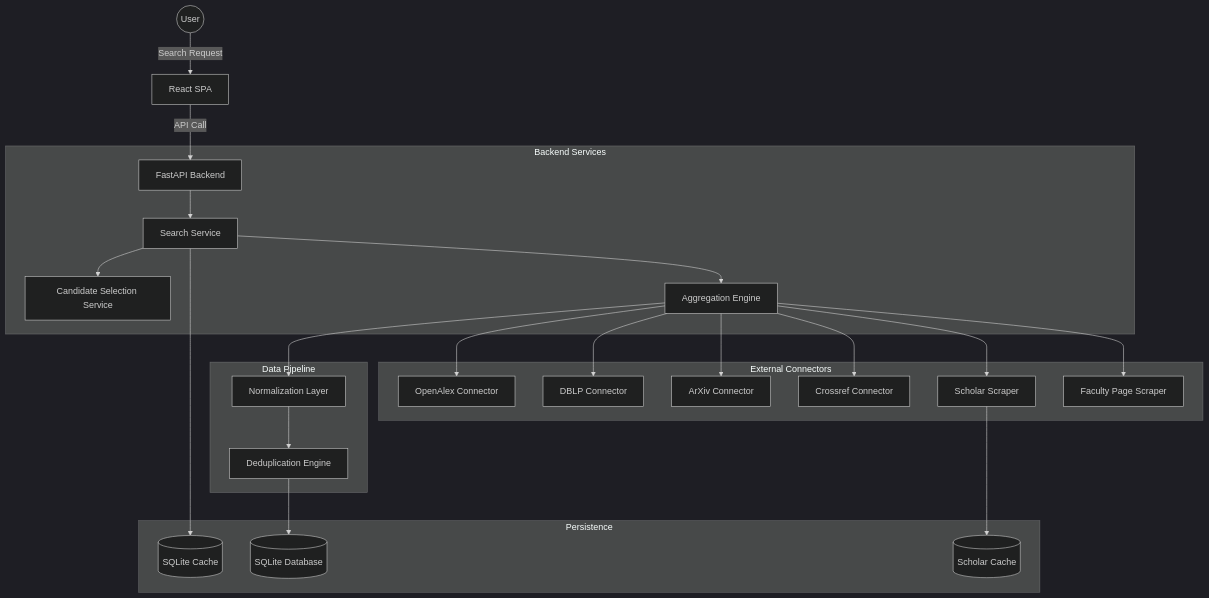
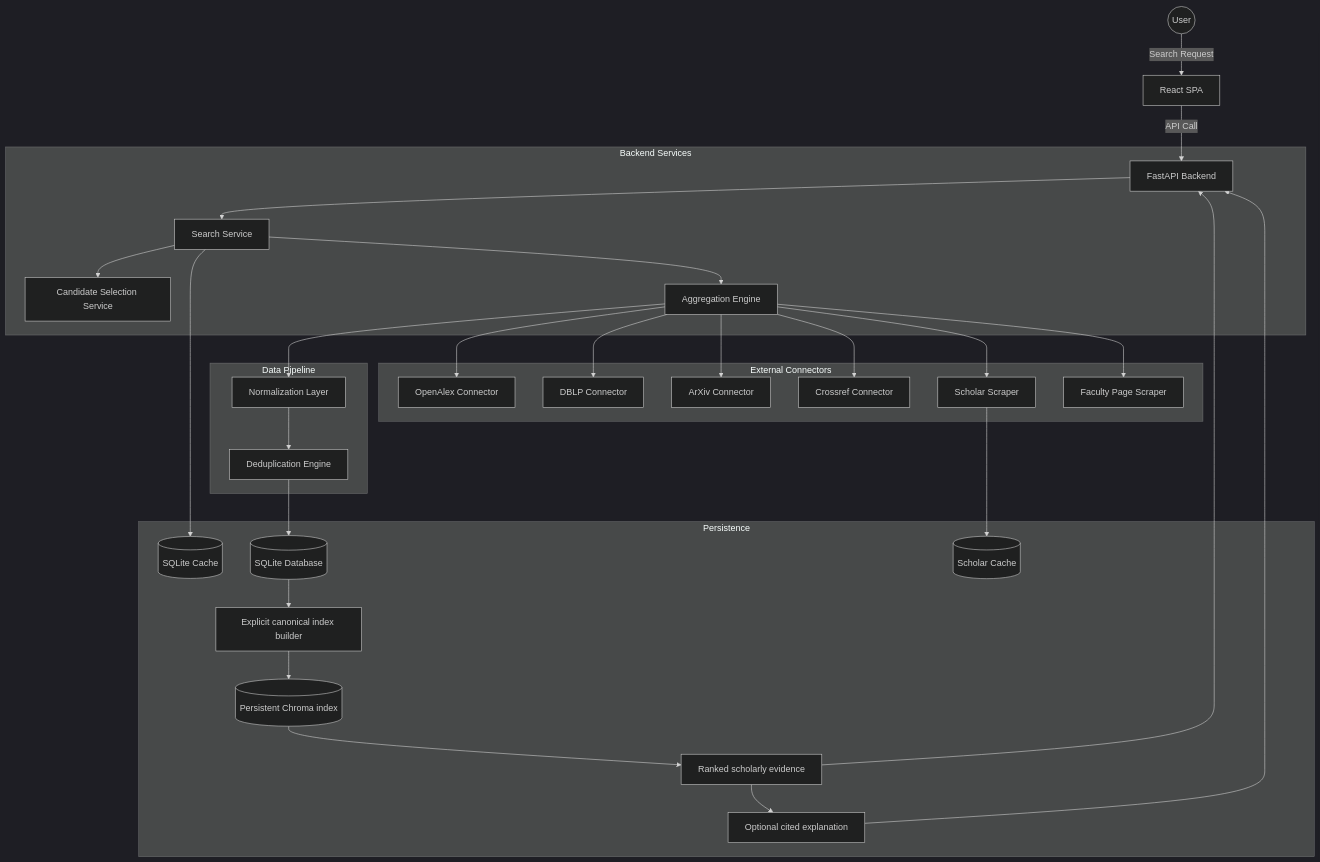
The diagram in docs/architecture.md (NAMITLALWANI/FINAL-YEAR-PROJECT), drawn with Mermaid (dark theme) before and after one commit. The commit also changed other lines of this file and 196 other files, not shown here.

````diff
--- a/docs/architecture.md
+++ b/docs/architecture.md
@@ -7,31 +7,37 @@
 ```mermaid
 graph TD
     User((User)) -->|Search Request| Frontend[React SPA]
     Frontend -->|API Call| FastAPI[FastAPI Backend]
     
     subgraph "Backend Services"
         FastAPI --> SearchService[Search Service]
         SearchService --> CandSelector[Candidate Selection Service]
         SearchService --> Aggregator[Aggregation Engine]
     end
     
     subgraph "External Connectors"
         Aggregator --> OpenAlex[OpenAlex Connector]
         Aggregator --> DBLP[DBLP Connector]
         Aggregator --> ArXiv[ArXiv Connector]
         Aggregator --> Crossref[Crossref Connector]
         Aggregator --> Scholar[Scholar Scraper]
         Aggregator --> Faculty[Faculty Page Scraper]
     end
     
     subgraph "Data Pipeline"
         Aggregator --> Normalizer[Normalization Layer]
         Normalizer --> Dedup[Deduplication Engine]
     end
     
     subgraph "Persistence"
         SearchService --> Cache[(SQLite Cache)]
         Dedup --> DB[(SQLite Database)]
         Scholar --> ScholarCache[(Scholar Cache)]
+        DB --> Indexer[Explicit canonical index builder]
+        Indexer --> Chroma[(Persistent Chroma index)]
+        Chroma --> Evidence[Ranked scholarly evidence]
+        Evidence --> Explanation[Optional cited explanation]
+        Evidence --> FastAPI
+        Explanation --> FastAPI
     end
 ```
````
